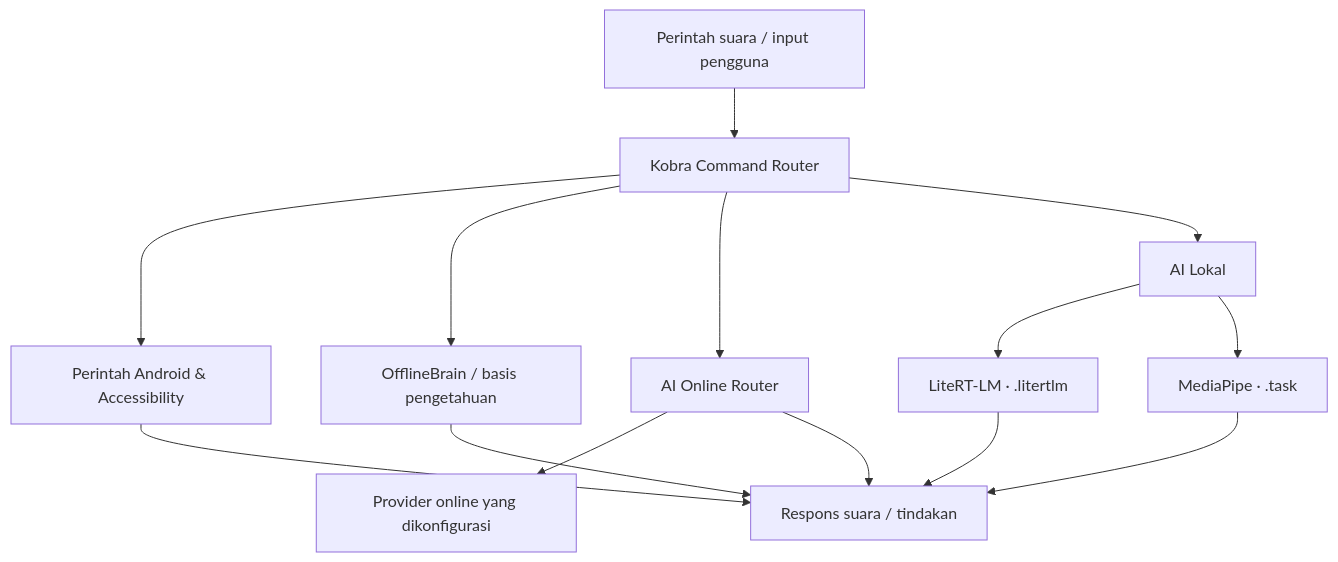
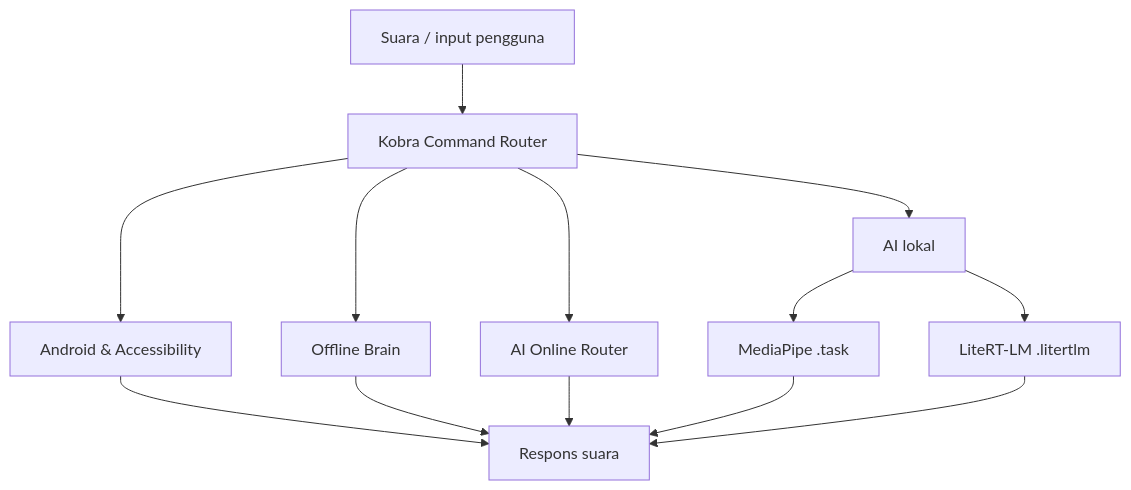
One commit to adebojel/Asisten-bantu changed the diagram in README.md. Above: the diagram before and after it, drawn with Mermaid. The commit also changed other lines of this file, not shown here.

Commit message:
docs: redesign Kobra OS README for Android project

````diff
--- a/README.md
+++ b/README.md
@@ -155,16 +102,15 @@
 ```mermaid
 flowchart TD
-    A["Perintah suara / input pengguna"] --> B["Kobra Command Router"]
-    B --> C["Perintah Android & Accessibility"]
-    B --> D["OfflineBrain / basis pengetahuan"]
+    A["Suara / input pengguna"] --> B["Kobra Command Router"]
+    B --> C["Android & Accessibility"]
+    B --> D["Offline Brain"]
     B --> E["AI Online Router"]
-    B --> F["AI Lokal"]
-    F --> G["LiteRT-LM · .litertlm"]
-    F --> H["MediaPipe · .task"]
-    E --> I["Provider online yang dikonfigurasi"]
-    C --> J["Respons suara / tindakan"]
-    D --> J
-    E --> J
-    G --> J
-    H --> J
+    B --> F["AI lokal"]
+    F --> G["MediaPipe .task"]
+    F --> H["LiteRT-LM .litertlm"]
+    C --> I["Respons suara"]
+    D --> I
+    E --> I
+    G --> I
+    H --> I
 ```
````
